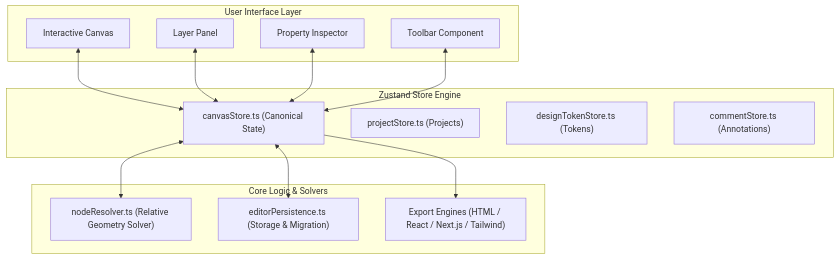
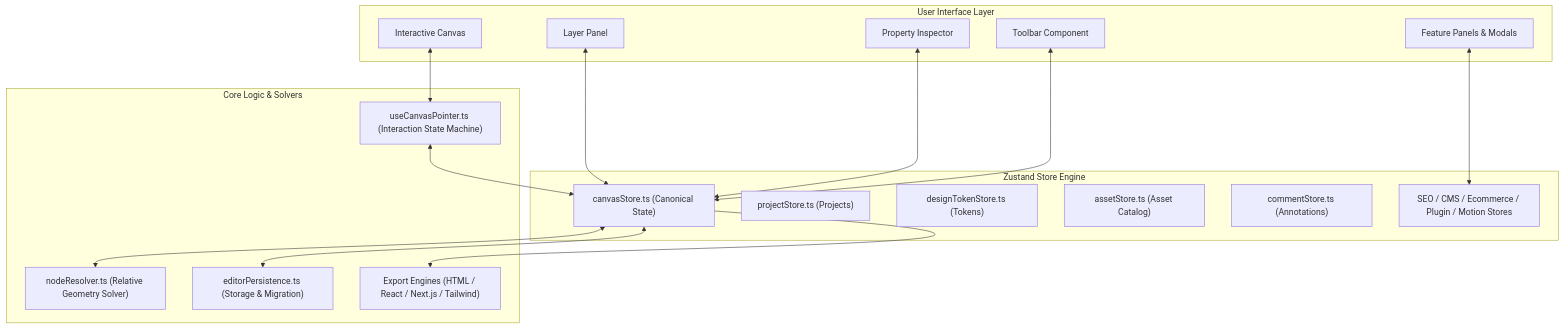
The diagram in README.md (Imagiyy/Website-From-Canvas), drawn with Mermaid before and after one commit. The commit also changed other lines of this file and 18 other files, not shown here.

````diff
--- a/README.md
+++ b/README.md
@@ -63,31 +65,37 @@
 ```mermaid
 flowchart TD
     subgraph UI ["User Interface Layer"]
         Toolbar["Toolbar Component"]
         CanvasView["Interactive Canvas"]
         LayerTree["Layer Panel"]
         PropertyInspector["Property Inspector"]
+        Panels["Feature Panels & Modals"]
     end
 
     subgraph Store ["Zustand Store Engine"]
         CanvasStore["canvasStore.ts (Canonical State)"]
         ProjectStore["projectStore.ts (Projects)"]
         DesignTokenStore["designTokenStore.ts (Tokens)"]
+        AssetStore["assetStore.ts (Asset Catalog)"]
         CommentStore["commentStore.ts (Annotations)"]
+        OtherStores["SEO / CMS / Ecommerce / Plugin / Motion Stores"]
     end
 
     subgraph Services ["Core Logic & Solvers"]
         NodeResolver["nodeResolver.ts (Relative Geometry Solver)"]
         Persistence["editorPersistence.ts (Storage & Migration)"]
+        PointerMachine["useCanvasPointer.ts (Interaction State Machine)"]
         Exporters["Export Engines (HTML / React / Next.js / Tailwind)"]
     end
 
-    CanvasView <--> CanvasStore
+    CanvasView <--> PointerMachine
+    PointerMachine <--> CanvasStore
     LayerTree <--> CanvasStore
     PropertyInspector <--> CanvasStore
     Toolbar <--> CanvasStore
+    Panels <--> OtherStores
 
     CanvasStore <--> NodeResolver
     CanvasStore <--> Persistence
     CanvasStore --> Exporters
 ```
````
